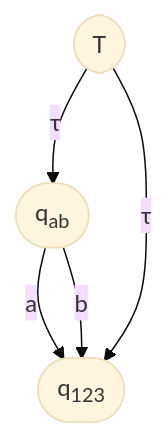
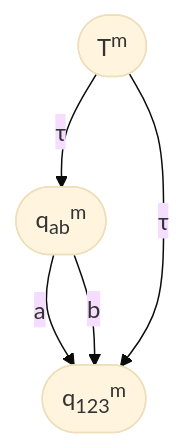
The fifth of 6 diagrams in 02_background.qmd (benkeks/generalized-equivalence-checking), drawn with Mermaid (base theme) before and after one commit. The commit also changed other lines of this file, not shown here.

````diff
--- a/02_background.qmd
+++ b/02_background.qmd
@@ -688,8 +691,8 @@
 ```{mermaid}
 %%| fig-width: 1.5
 flowchart TD
-  q0([T]) -- τ --> qAB([q<sub>ab</sub>])
-  qAB -- a --> qABT([q<sub>123</sub>])
+  q0([T<sup>m</sup>]) -- τ --> qAB([q<sub>ab</sub><sup>m</sup>])
+  qAB -- a --> qABT([q<sub>123</sub><sup>m</sup>])
   qAB -- b --> qABT
   q0 -- τ --> qABT
 ```
````
